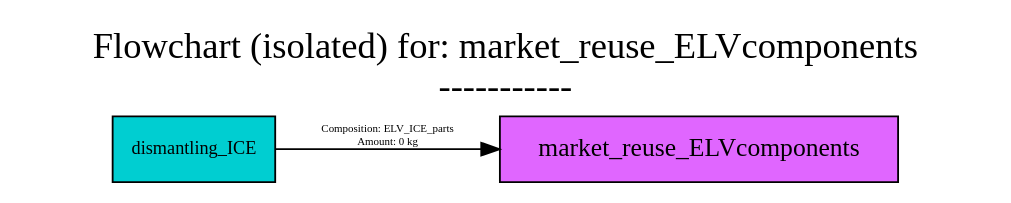
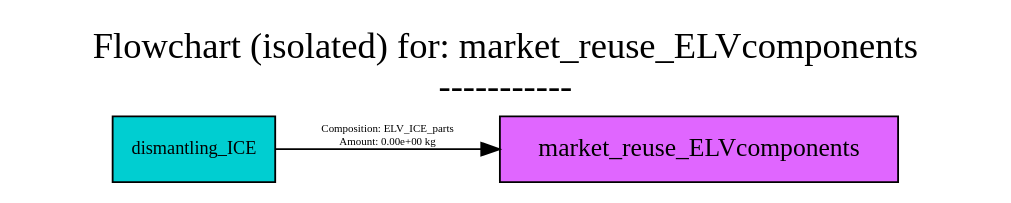
The diagram in src/futuram/examples/ELV/figures/flowcharts/processes/dot/market_reuse_ELVcomponents.dot (FutuRaM-Project/Recovery-Model), drawn with Graphviz before and after one commit. The commit also changed 199 other files, not shown here.

```diff
--- a/src/futuram/examples/ELV/figures/flowcharts/processes/dot/market_reuse_ELVcomponents.dot
+++ b/src/futuram/examples/ELV/figures/flowcharts/processes/dot/market_reuse_ELVcomponents.dot
@@ -1,41 +1,41 @@
 digraph {
 	graph [bb="0,0,486,88",
 		font=Cabin,
 		fontname=Cabin,
 		fontsize=20,
 		label="Flowchart (isolated) for: market_reuse_ELVcomponents
 -----------",
 		labeljust=c,
 		labelloc=tc,
 		lheight=0.61,
 		lp="243,62",
 		lwidth=6.53,
 		nodesep=0.6,
 		rankdir=LR,
 		ranksep=0.6
 	];
 	node [label="\N"];
 	market_reuse_ELVcomponents	[fillcolor=mediumorchid1,
 		fontname=Cabin,
 		fontsize=14,
 		height=0.5,
 		pos="344,18",
 		shape=box,
 		style=filled,
 		width=2.8056];
 	dismantling_ICE	[fillcolor=darkturquoise,
 		fontname=Cabin,
 		fontsize=10,
 		height=0.5,
 		pos="83.5,18",
 		shape=box,
 		style=filled,
 		width=1.1806];
 	dismantling_ICE -> market_reuse_ELVcomponents	[color=black,
 		fontname=Cabin,
 		fontsize=6,
 		label="Composition: ELV_ICE_parts
-Amount: 0 kg",
+Amount: 0.00e+00 kg",
 		lp="184.5,25",
 		pos="e,242.97,18 126.03,18 154.99,18 195.06,18 232.89,18"];
 }
```
